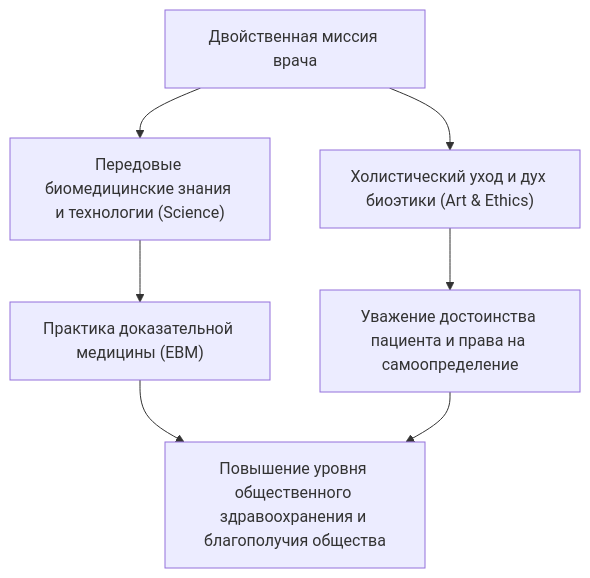
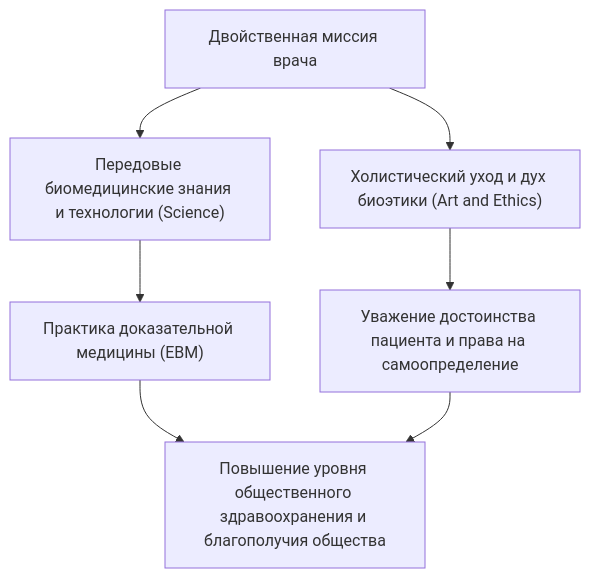
The first of 7 diagrams in content/post/medical-doctor-education-qualifications-specialties/index.ru.md (kenjinote/blog), drawn with Mermaid before and after one commit. The commit also changed other lines of this file and 12 other files, not shown here.

Commit message:
fix(medical-doctor): resolve mermaid syntax error in subgraph and fix unrendered bold asterisks

````diff
--- a/content/post/medical-doctor-education-qualifications-specialties/index.ru.md
+++ b/content/post/medical-doctor-education-qualifications-specialties/index.ru.md
@@ -21,9 +21,9 @@
 ```mermaid
 flowchart TD
     A["Двойственная миссия врача"] --> B["Передовые биомедицинские знания и технологии (Science)"]
-    A --> C["Холистический уход и дух биоэтики (Art & Ethics)"]
+    A --> C["Холистический уход и дух биоэтики (Art and Ethics)"]
     B --> D["Практика доказательной медицины (EBM)"]
     C --> E["Уважение достоинства пациента и права на самоопределение"]
     D --> F["Повышение уровня общественного здравоохранения и благополучия общества"]
     E --> F
 ```
````
